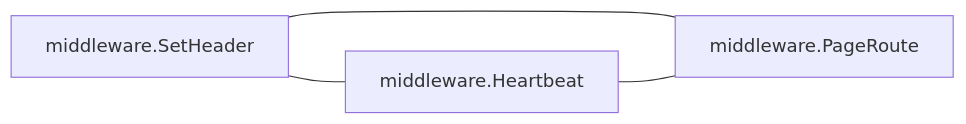
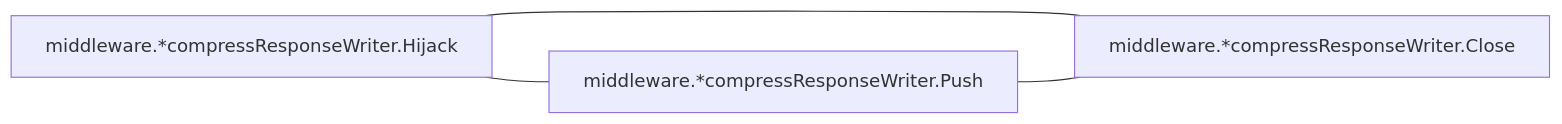
One commit to LukasSelin/doppel changed the seventh of 7 diagrams in examples/chi.md. Above: the diagram before and after it, drawn with Mermaid. The commit also changed other lines of this file and 19 other files, not shown here.

````diff
--- a/examples/chi.md
+++ b/examples/chi.md
@@ -554,9 +567,9 @@
 ```mermaid
 flowchart LR
-    m0["middleware.SetHeader"]
-    m1["middleware.Heartbeat"]
-    m2["middleware.PageRoute"]
+    m0["middleware.*compressResponseWriter.Hijack"]
+    m1["middleware.*compressResponseWriter.Push"]
+    m2["middleware.*compressResponseWriter.Close"]
     m0 --- m1
     m0 --- m2
     m1 --- m2
 ```
````
